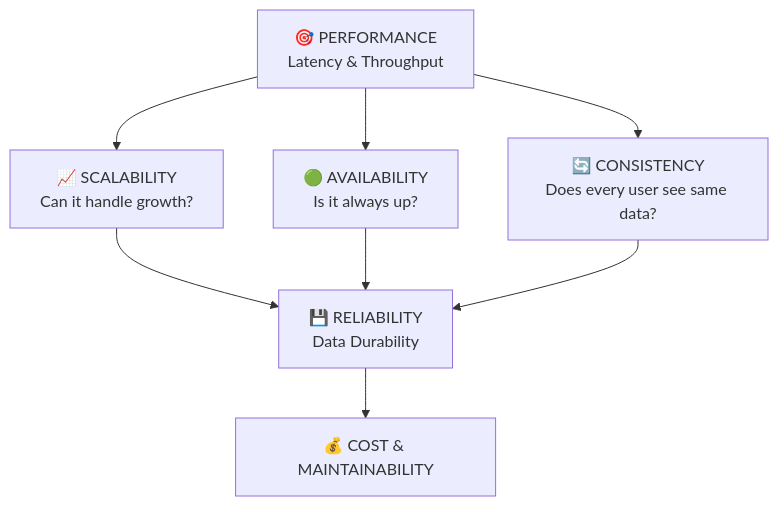
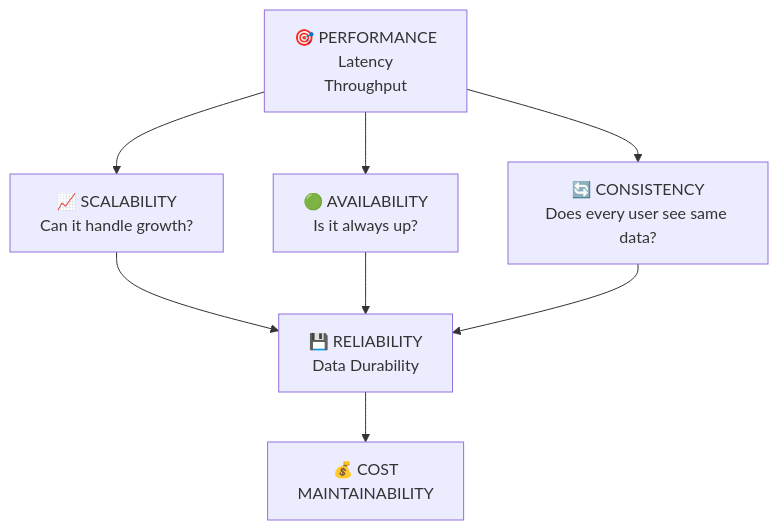
One commit to shivaram0583/system-design changed the second of 6 diagrams in 01-fundamentals/01-what-is-system-design.md. Above: the diagram before and after it, drawn with Mermaid. The commit also changed other lines of this file and 118 other files, not shown here.

````diff
--- a/01-fundamentals/01-what-is-system-design.md
+++ b/01-fundamentals/01-what-is-system-design.md
@@ -96,17 +97,19 @@
 ```mermaid
 graph TD
-    PERF["🎯 PERFORMANCE<br/>Latency & Throughput"]
+    PERF["🎯 PERFORMANCE<br/>Latency
+    Throughput"]
     SCALE["📈 SCALABILITY<br/>Can it handle growth?"]
     AVAIL["🟢 AVAILABILITY<br/>Is it always up?"]
     CONSIST["🔄 CONSISTENCY<br/>Does every user see same data?"]
     REL["💾 RELIABILITY<br/>Data Durability"]
-    COST["💰 COST & MAINTAINABILITY"]
+    COST["💰 COST
+    MAINTAINABILITY"]
 
     PERF --> SCALE
     PERF --> AVAIL
     PERF --> CONSIST
     SCALE --> REL
     AVAIL --> REL
     CONSIST --> REL
     REL --> COST
 ```
````
